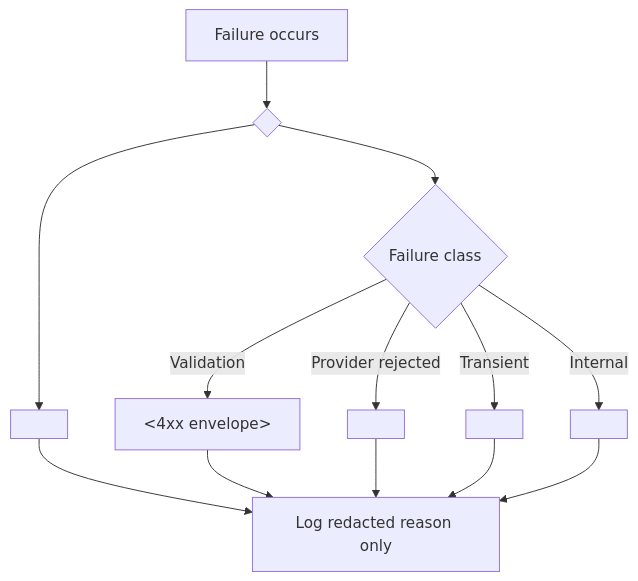
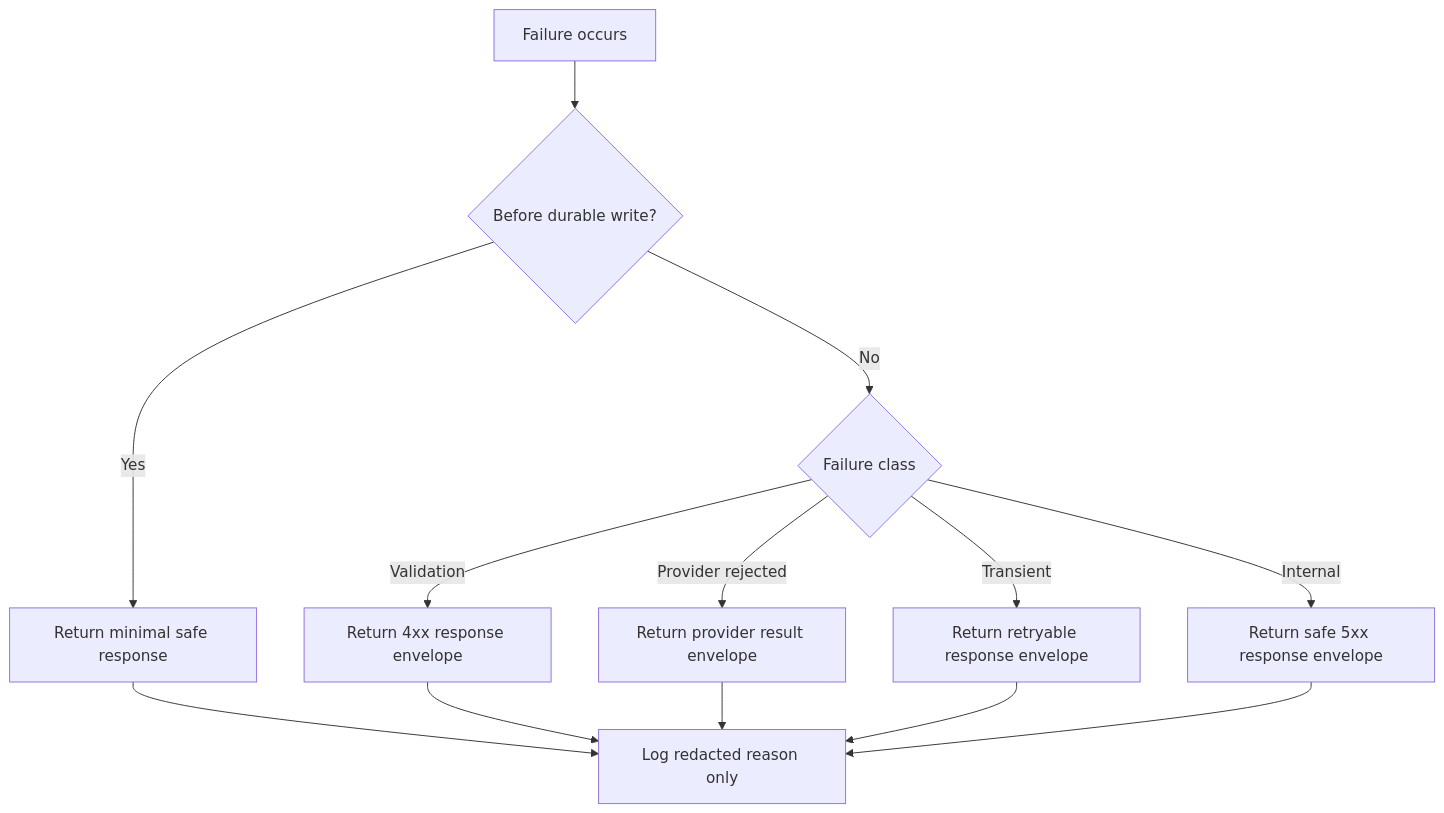
Before and after one commit to rizkydwicmt/vibe-ddd-golang: the seventh of 7 diagrams in docs/diagram/0000-diagram-template.md, drawn with Mermaid. The commit also changed other lines of this file and 6 other files, not shown here.

Commit message:
fix Mermaid documentation templates

````diff
--- a/docs/diagram/0000-diagram-template.md
+++ b/docs/diagram/0000-diagram-template.md
@@ -129,15 +128,15 @@
 ```mermaid
 flowchart TD
-  A["Failure occurs"] --> B{"<before/after key boundary?>"}
-  B -- "<before>" --> C["<minimal/plaintext response>"]
-  B -- "<after>" --> D{"Failure class"}
-  D -- "Validation" --> E["<4xx envelope>"]
-  D -- "Provider rejected" --> F["<provider result envelope>"]
-  D -- "Transient" --> G["<retryable envelope>"]
-  D -- "Internal" --> H["<safe 5xx envelope>"]
+  A["Failure occurs"] --> B{"Before durable write?"}
+  B -- "Yes" --> C["Return minimal safe response"]
+  B -- "No" --> D{"Failure class"}
+  D -- "Validation" --> E["Return 4xx response envelope"]
+  D -- "Provider rejected" --> F["Return provider result envelope"]
+  D -- "Transient" --> G["Return retryable response envelope"]
+  D -- "Internal" --> H["Return safe 5xx response envelope"]
   C --> K["Log redacted reason only"]
   E --> K
   F --> K
   G --> K
   H --> K
 ```
````
